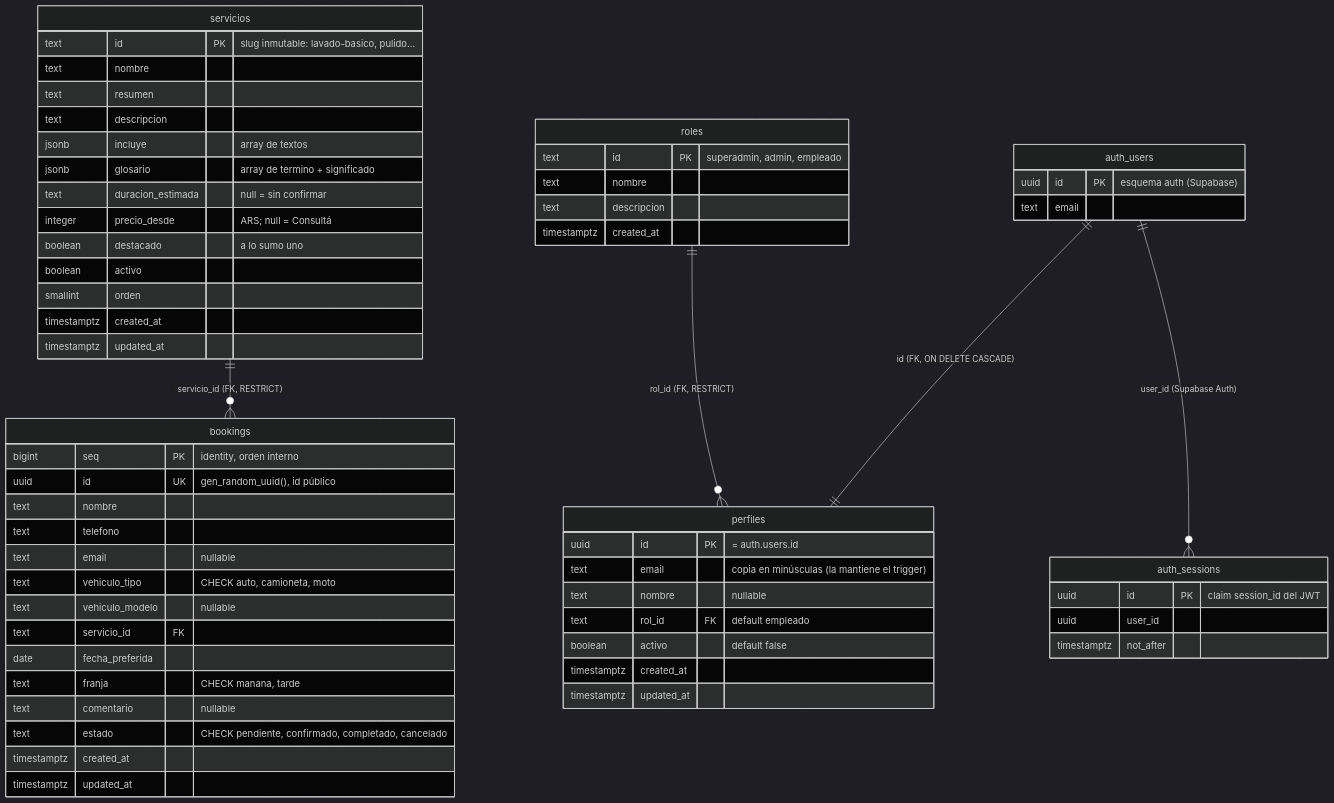
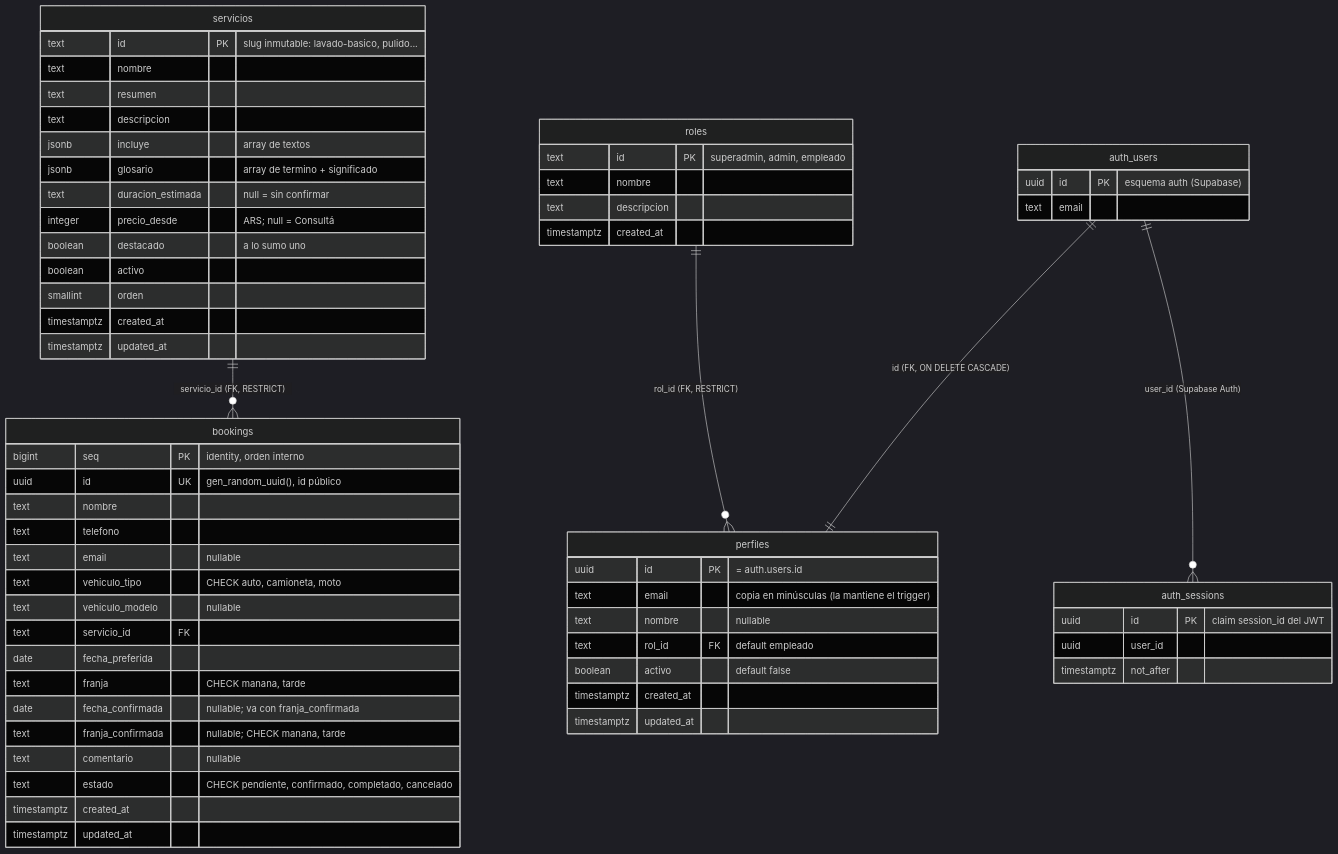
One commit to MateoGimenez/MgDetail changed the diagram in backend/README.md. Above: the diagram before and after it, drawn with Mermaid (dark theme). The commit also changed other lines of this file and 45 other files, not shown here.

First line of the commit message:
feat: agenda de turnos en el panel con fecha confirmada

````diff
--- a/backend/README.md
+++ b/backend/README.md
@@ -136,63 +139,65 @@
 ```mermaid
 erDiagram
     servicios ||--o{ bookings : "servicio_id (FK, RESTRICT)"
     auth_users ||--|| perfiles : "id (FK, ON DELETE CASCADE)"
     roles ||--o{ perfiles : "rol_id (FK, RESTRICT)"
     auth_users ||--o{ auth_sessions : "user_id (Supabase Auth)"
 
     servicios {
         text id PK "slug inmutable: lavado-basico, pulido..."
         text nombre
         text resumen
         text descripcion
         jsonb incluye "array de textos"
         jsonb glosario "array de termino + significado"
         text duracion_estimada "null = sin confirmar"
         integer precio_desde "ARS; null = Consultá"
         boolean destacado "a lo sumo uno"
         boolean activo
         smallint orden
         timestamptz created_at
         timestamptz updated_at
     }
     bookings {
         bigint seq PK "identity, orden interno"
         uuid id UK "gen_random_uuid(), id público"
         text nombre
         text telefono
         text email "nullable"
         text vehiculo_tipo "CHECK auto, camioneta, moto"
         text vehiculo_modelo "nullable"
         text servicio_id FK
         date fecha_preferida
         text franja "CHECK manana, tarde"
+        date fecha_confirmada "nullable; va con franja_confirmada"
+        text franja_confirmada "nullable; CHECK manana, tarde"
         text comentario "nullable"
         text estado "CHECK pendiente, confirmado, completado, cancelado"
         timestamptz created_at
         timestamptz updated_at
     }
     roles {
         text id PK "superadmin, admin, empleado"
         text nombre
         text descripcion
         timestamptz created_at
     }
     perfiles {
         uuid id PK "= auth.users.id"
         text email "copia en minúsculas (la mantiene el trigger)"
         text nombre "nullable"
         text rol_id FK "default empleado"
         boolean activo "default false"
         timestamptz created_at
         timestamptz updated_at
     }
     auth_users {
         uuid id PK "esquema auth (Supabase)"
         text email
     }
     auth_sessions {
         uuid id PK "claim session_id del JWT"
         uuid user_id
         timestamptz not_after
     }
 ```
````
